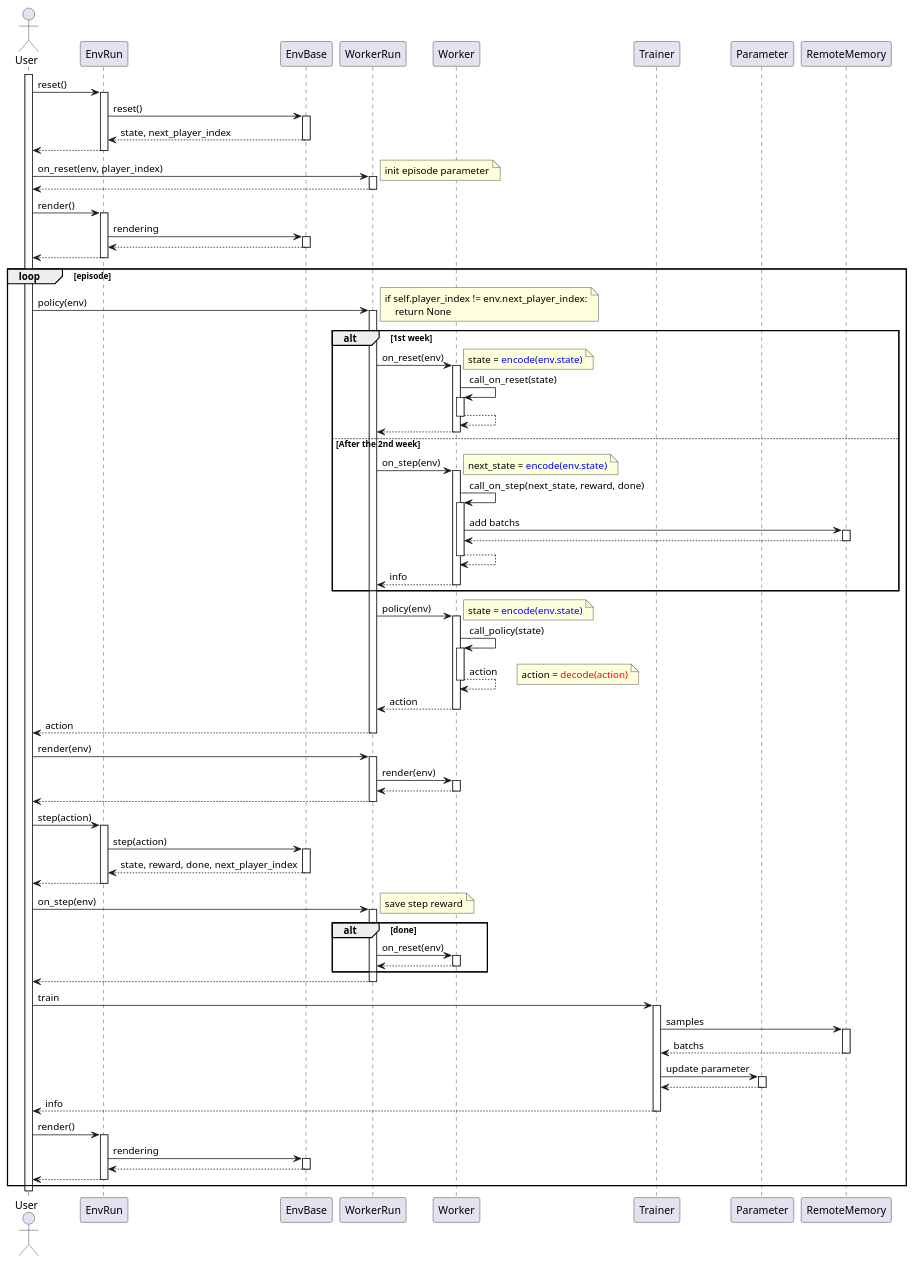
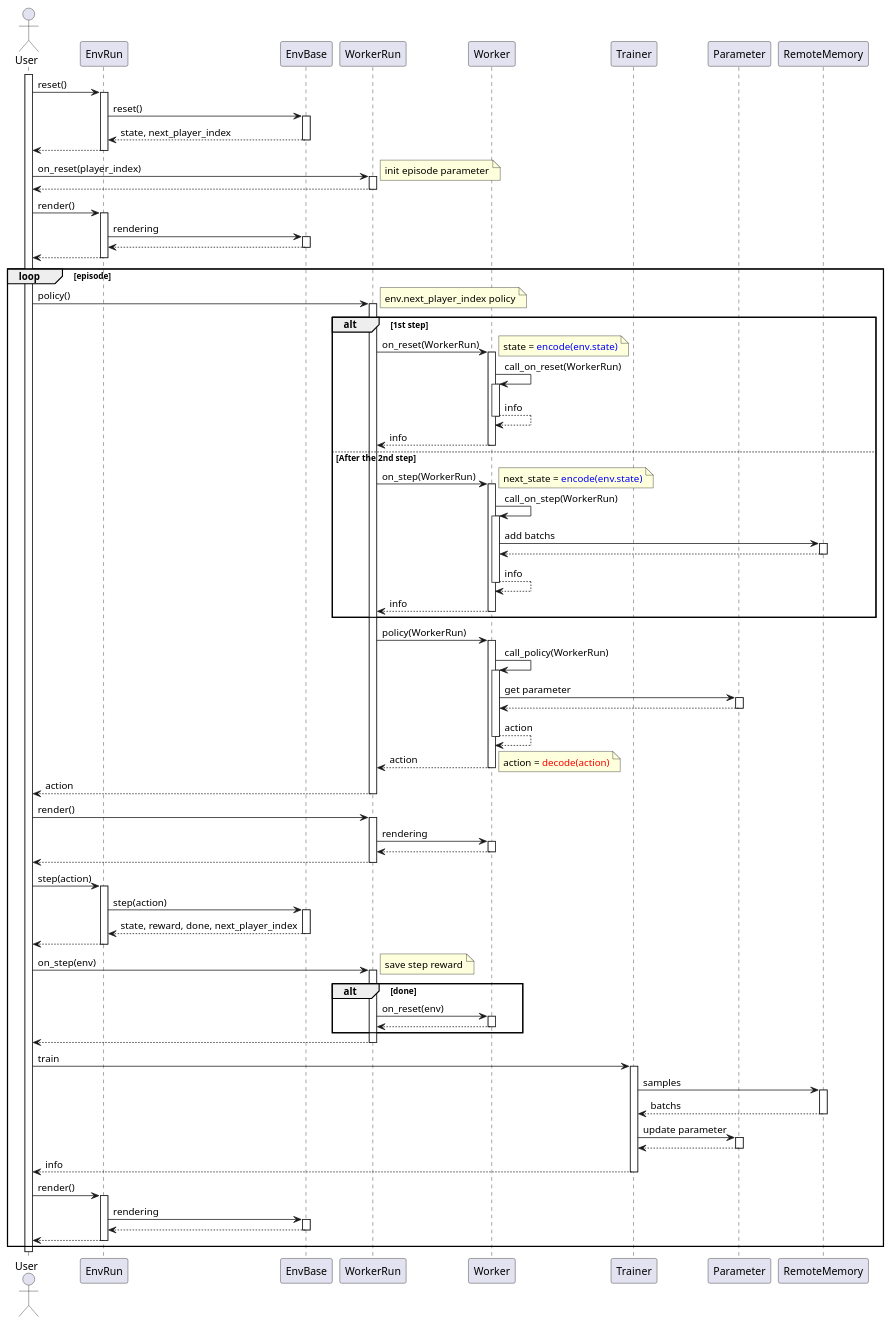
One commit to pocokhc/simple_distributed_rl changed the diagram in diagrams/playflow.pu. Above: the diagram before and after it, drawn with PlantUML. The commit also changed 23 other files, not shown here.

```diff
--- a/diagrams/playflow.pu
+++ b/diagrams/playflow.pu
@@ -1,108 +1,106 @@
 @startuml playflow
 autoactivate on
 
 actor User
 
 participant EnvRun
 participant EnvBase
 
 participant WorkerRun
 participant Worker
 
 participant Trainer
 participant Parameter
 participant RemoteMemory
 
 
 activate User
 
 User -> EnvRun: reset()
     EnvRun -> EnvBase: reset()
     return state, next_player_index
 return
 
-User -> WorkerRun: on_reset(env, player_index)
+User -> WorkerRun: on_reset(player_index)
     note right: init episode parameter
 return
 
 User -> EnvRun: render()
     EnvRun -> EnvBase: rendering
     return
 return
 
 loop episode
 
-    User -> WorkerRun: policy(env)
+    User -> WorkerRun: policy()
         note right
-        if self.player_index != env.next_player_index:
-            return None
+        env.next_player_index policy
         end note
 
-        alt 1st week
-            WorkerRun -> Worker: on_reset(env)
+        alt 1st step
+            WorkerRun -> Worker: on_reset(WorkerRun)
                 note right
                 state = <color blue>encode(env.state)</color>
                 end note
-                Worker -> Worker: call_on_reset(state)
-                return
-            return
-        else After the 2nd week
-            WorkerRun -> Worker: on_step(env)
+                Worker -> Worker: call_on_reset(WorkerRun)
+                return info
+            return info
+        else After the 2nd step
+            WorkerRun -> Worker: on_step(WorkerRun)
                 note right
                 next_state = <color blue>encode(env.state)</color>
                 end note
-                Worker -> Worker: call_on_step(next_state, reward, done)
+                Worker -> Worker: call_on_step(WorkerRun)
                     Worker -> RemoteMemory: add batchs
                     return
-                return
+                return info
             return info
         end
 
-        WorkerRun -> Worker: policy(env)
-            note right
-            state = <color blue>encode(env.state)</color>
-            end note
-            Worker -> Worker: call_policy(state)
+        WorkerRun -> Worker: policy(WorkerRun)
+            Worker -> Worker: call_policy(WorkerRun)
+                Worker -> Parameter: get parameter
+                return
             return action
-            note right
-            action = <color red>decode(action)</color>
-            end note
         return action
+        note right
+        action = <color red>decode(action)</color>
+        end note
     return action
 
-    User -> WorkerRun: render(env)
-        WorkerRun -> Worker: render(env)
+    User -> WorkerRun: render()
+        WorkerRun -> Worker: rendering
         return
     return
     
     User -> EnvRun: step(action)
         EnvRun -> EnvBase: step(action)
         return state, reward, done, next_player_index
     return
 
     User -> WorkerRun: on_step(env)
         note right
         save step reward
         end note
         alt done
             WorkerRun -> Worker: on_reset(env)
             return
         end
     return
 
     User -> Trainer: train
         Trainer -> RemoteMemory: samples
         return batchs
         Trainer -> Parameter: update parameter
         return
     return info
 
     User -> EnvRun: render()
         EnvRun -> EnvBase: rendering
         return
     return
 
 end
 deactivate User
 
 @enduml
```
